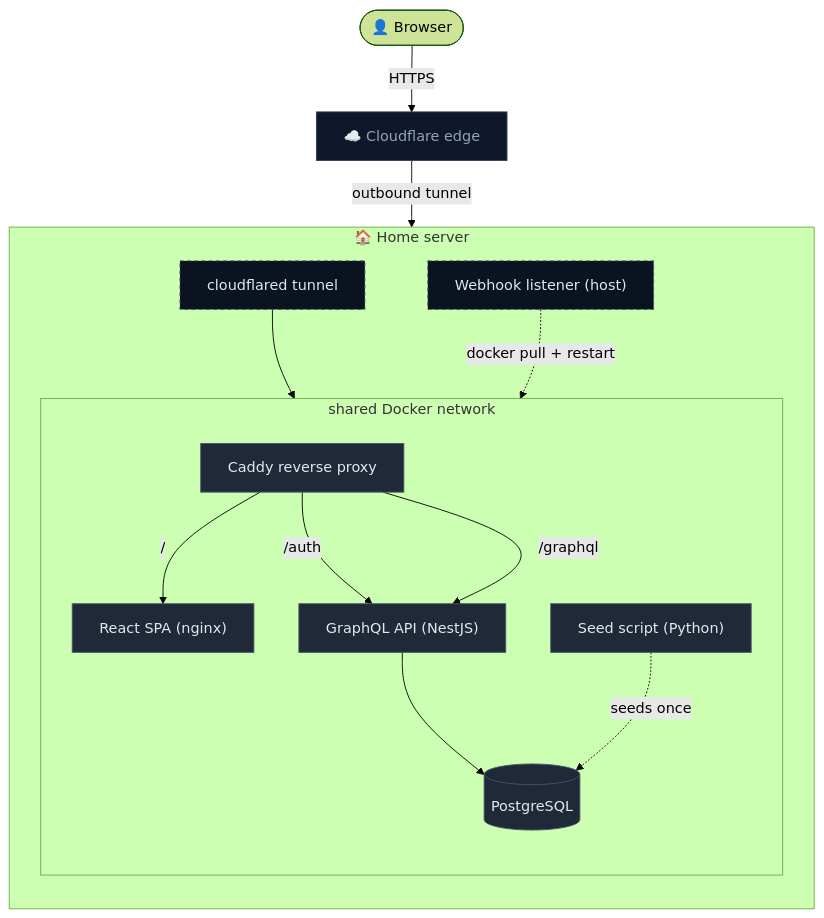
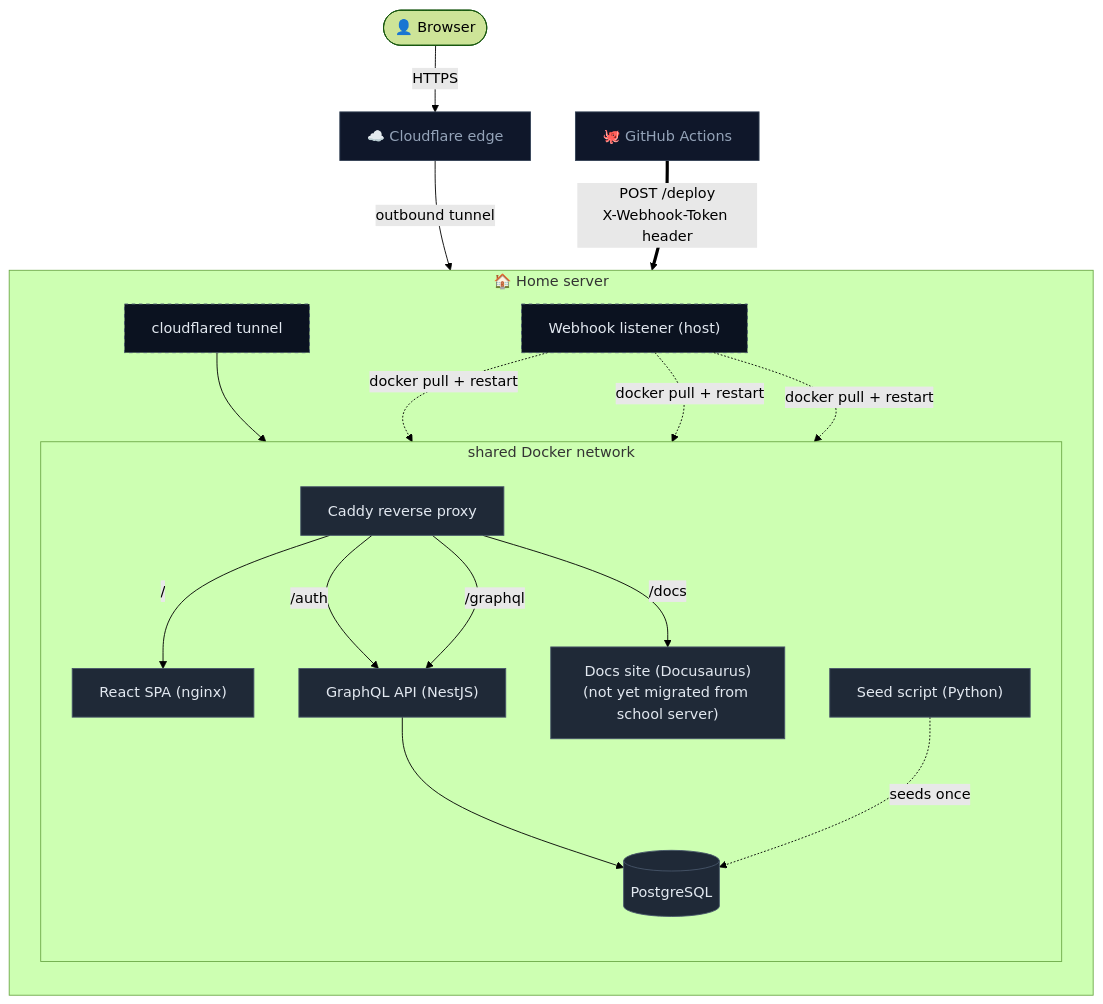
The diagram in profile/README.md (Medistat-Tiberiusgh/.github), drawn with Mermaid (forest theme) before and after one commit.

Commit message:
Update README.md with new architecture details

````diff
--- a/profile/README.md
+++ b/profile/README.md
@@ -30,40 +30,46 @@
 ```mermaid
 flowchart TB
     user(["👤 Browser"])
     cf["☁️ Cloudflare edge"]
+    gh["🐙 GitHub Actions"]
 
     subgraph home["🏠 Home server"]
         direction TB
         cft["cloudflared tunnel"]
         hook["Webhook listener (host)"]
 
         subgraph net["shared Docker network"]
             direction TB
             caddy["Caddy reverse proxy"]
             spa["React SPA (nginx)"]
             api["GraphQL API (NestJS)"]
+            docs["Docs site (Docusaurus)<br/>(not yet migrated from school server)"]
             db[("PostgreSQL")]
             etl["Seed script (Python)"]
         end
     end
 
     user -->|HTTPS| cf
     cf -->|outbound tunnel| cft
     cft --> caddy
 
     caddy -->|/| spa
     caddy -->|/auth| api
     caddy -->|/graphql| api
+    caddy -->|/docs| docs
 
     api --> db
     etl -. seeds once .-> db
 
+    gh ==>|"POST /deploy<br/>X-Webhook-Token header"| hook
     hook -. docker pull + restart .-> api
+    hook -. docker pull + restart .-> spa
+    hook -. docker pull + restart .-> docs
 
     classDef container fill:#1f2937,stroke:#475569,color:#e2e8f0
     classDef external fill:#0f172a,stroke:#334155,color:#94a3b8
     classDef host fill:#0b1220,stroke:#475569,color:#e2e8f0,stroke-dasharray: 4 4
-    class caddy,spa,api,db,etl container
-    class cf external
+    class caddy,spa,api,docs,db,etl container
+    class cf,gh external
     class cft,hook host
 ```
````
